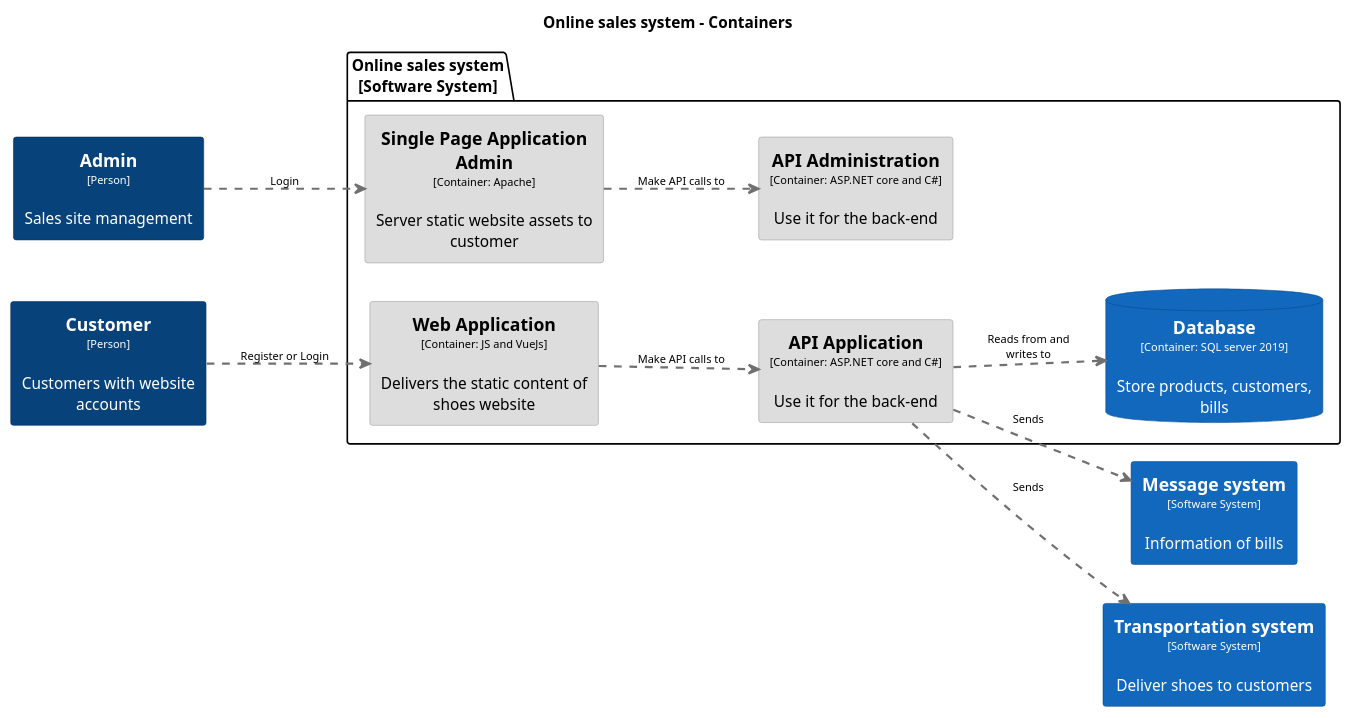
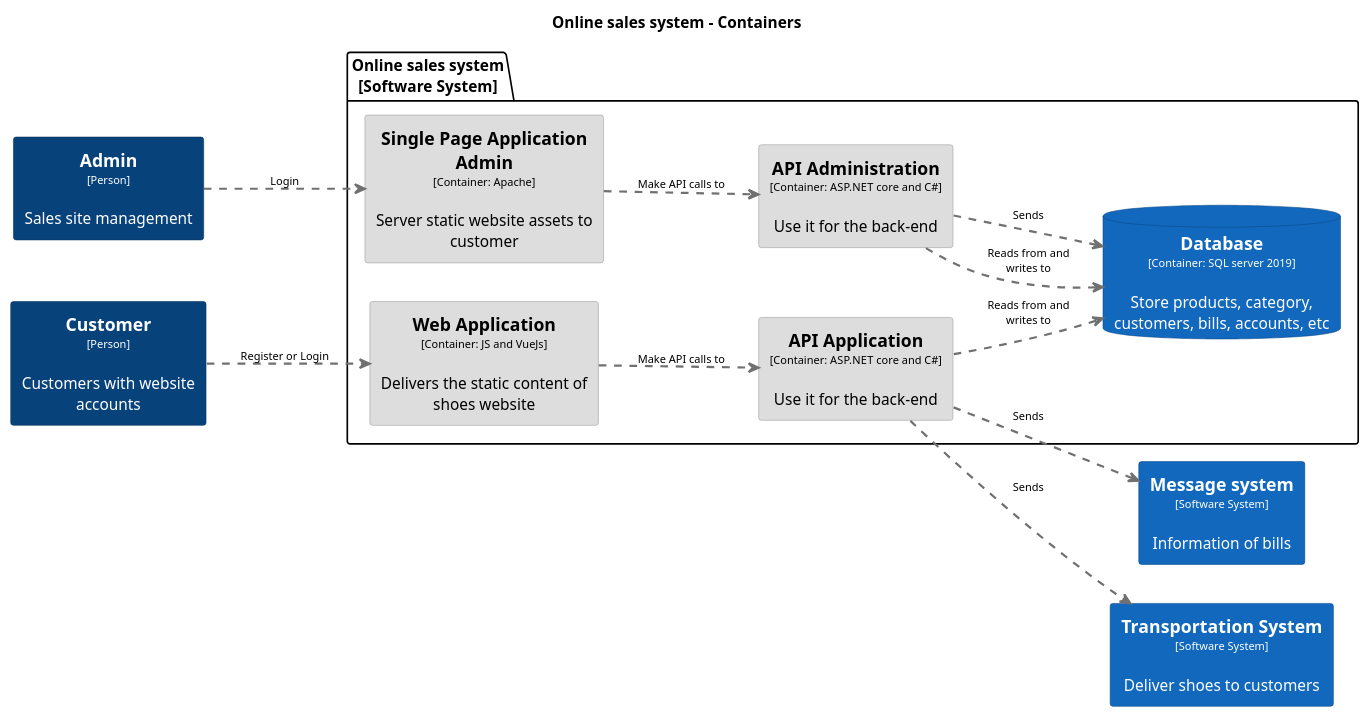
The diagram in export/Onlinesalessystem-Container.puml (lantrannk/phan-tich-thiet-ke-oop), drawn with PlantUML before and after one commit. The commit also changed 4 other files, not shown here.

```diff
--- a/export/Onlinesalessystem-Container.puml
+++ b/export/Onlinesalessystem-Container.puml
@@ -1,76 +1,78 @@
 @startuml(id=Onlinesalessystem-Container)
 title Online sales system - Containers
 
 skinparam {
   shadowing false
   arrowFontSize 10
   defaultTextAlignment center
   wrapWidth 200
   maxMessageSize 100
 }
 hide stereotype
 left to right direction
-skinparam rectangle<<44>> {
+skinparam rectangle<<66>> {
   BackgroundColor #1168bd
   FontColor #ffffff
   BorderColor #0b4884
 }
 skinparam rectangle<<1>> {
   BackgroundColor #08427b
   FontColor #ffffff
   BorderColor #052e56
 }
 skinparam rectangle<<2>> {
   BackgroundColor #08427b
   FontColor #ffffff
   BorderColor #052e56
 }
 skinparam rectangle<<36>> {
   BackgroundColor #dddddd
   FontColor #000000
   BorderColor #9a9a9a
 }
 skinparam rectangle<<4>> {
   BackgroundColor #dddddd
   FontColor #000000
   BorderColor #9a9a9a
 }
-skinparam rectangle<<48>> {
-  BackgroundColor #1168bd
-  FontColor #ffffff
-  BorderColor #0b4884
-}
-skinparam database<<38>> {
-  BackgroundColor #1168bd
-  FontColor #ffffff
-  BorderColor #0b4884
-}
 skinparam rectangle<<7>> {
   BackgroundColor #dddddd
   FontColor #000000
   BorderColor #9a9a9a
+}
+skinparam rectangle<<70>> {
+  BackgroundColor #1168bd
+  FontColor #ffffff
+  BorderColor #0b4884
 }
 skinparam rectangle<<10>> {
   BackgroundColor #dddddd
   FontColor #000000
   BorderColor #9a9a9a
 }
+skinparam database<<54>> {
+  BackgroundColor #1168bd
+  FontColor #ffffff
+  BorderColor #0b4884
+}
 rectangle "==Admin\n<size:10>[Person]</size>\n\nSales site management" <<2>> as 2
 rectangle "==Customer\n<size:10>[Person]</size>\n\nCustomers with website accounts" <<1>> as 1
-rectangle "==Message system\n<size:10>[Software System]</size>\n\nInformation of bills" <<48>> as 48
-rectangle "==Transportation system\n<size:10>[Software System]</size>\n\nDeliver shoes to customers" <<44>> as 44
+rectangle "==Message system\n<size:10>[Software System]</size>\n\nInformation of bills" <<70>> as 70
+rectangle "==Transportation System\n<size:10>[Software System]</size>\n\nDeliver shoes to customers" <<66>> as 66
 package "Online sales system\n[Software System]" {
   rectangle "==API Administration\n<size:10>[Container: ASP.NET core and C#]</size>\n\nUse it for the back-end" <<36>> as 36
   rectangle "==API Application\n<size:10>[Container: ASP.NET core and C#]</size>\n\nUse it for the back-end" <<10>> as 10
-  database "==Database\n<size:10>[Container: SQL server 2019]</size>\n\nStore products, customers, bills" <<38>> as 38
+  database "==Database\n<size:10>[Container: SQL server 2019]</size>\n\nStore products, category, customers, bills, accounts, etc" <<54>> as 54
   rectangle "==Single Page Application Admin\n<size:10>[Container: Apache]</size>\n\nServer static website assets to customer" <<7>> as 7
   rectangle "==Web Application\n<size:10>[Container: JS and VueJs]</size>\n\nDelivers the static content of shoes website" <<4>> as 4
 }
-10 .[#707070,thickness=2].> 38 : "Reads from and writes to"
-10 .[#707070,thickness=2].> 48 : "Sends"
-10 .[#707070,thickness=2].> 44 : "Sends"
+36 .[#707070,thickness=2].> 54 : "Reads from and writes to"
+36 .[#707070,thickness=2].> 54 : "Sends"
+10 .[#707070,thickness=2].> 54 : "Reads from and writes to"
+10 .[#707070,thickness=2].> 70 : "Sends"
+10 .[#707070,thickness=2].> 66 : "Sends"
 2 .[#707070,thickness=2].> 7 : "Login"
 1 .[#707070,thickness=2].> 4 : "Register or Login"
 7 .[#707070,thickness=2].> 36 : "Make API calls to"
 4 .[#707070,thickness=2].> 10 : "Make API calls to"
 @enduml
```
